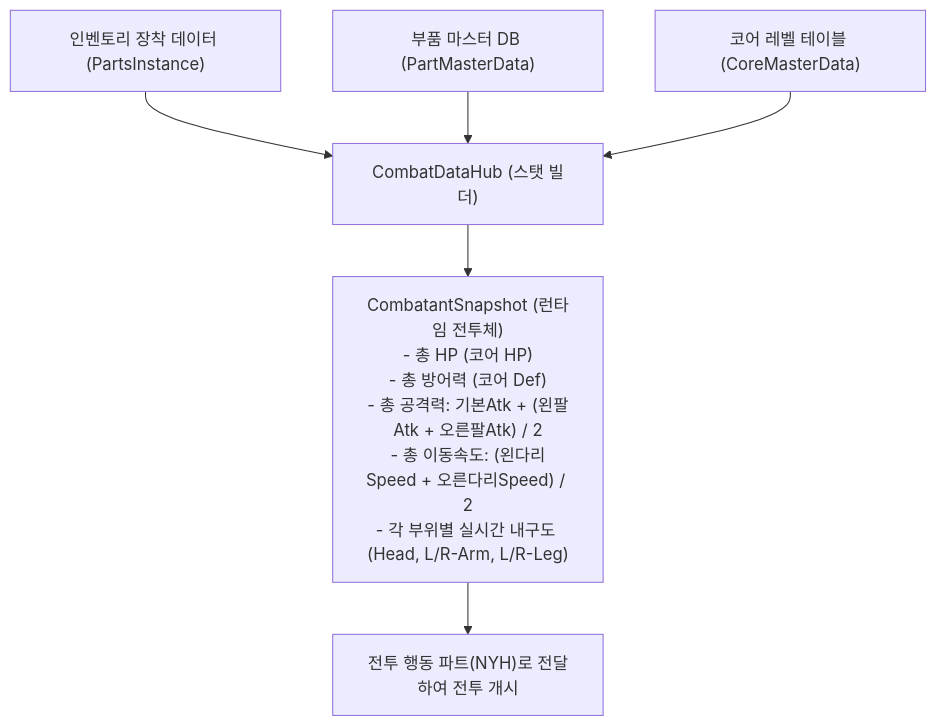
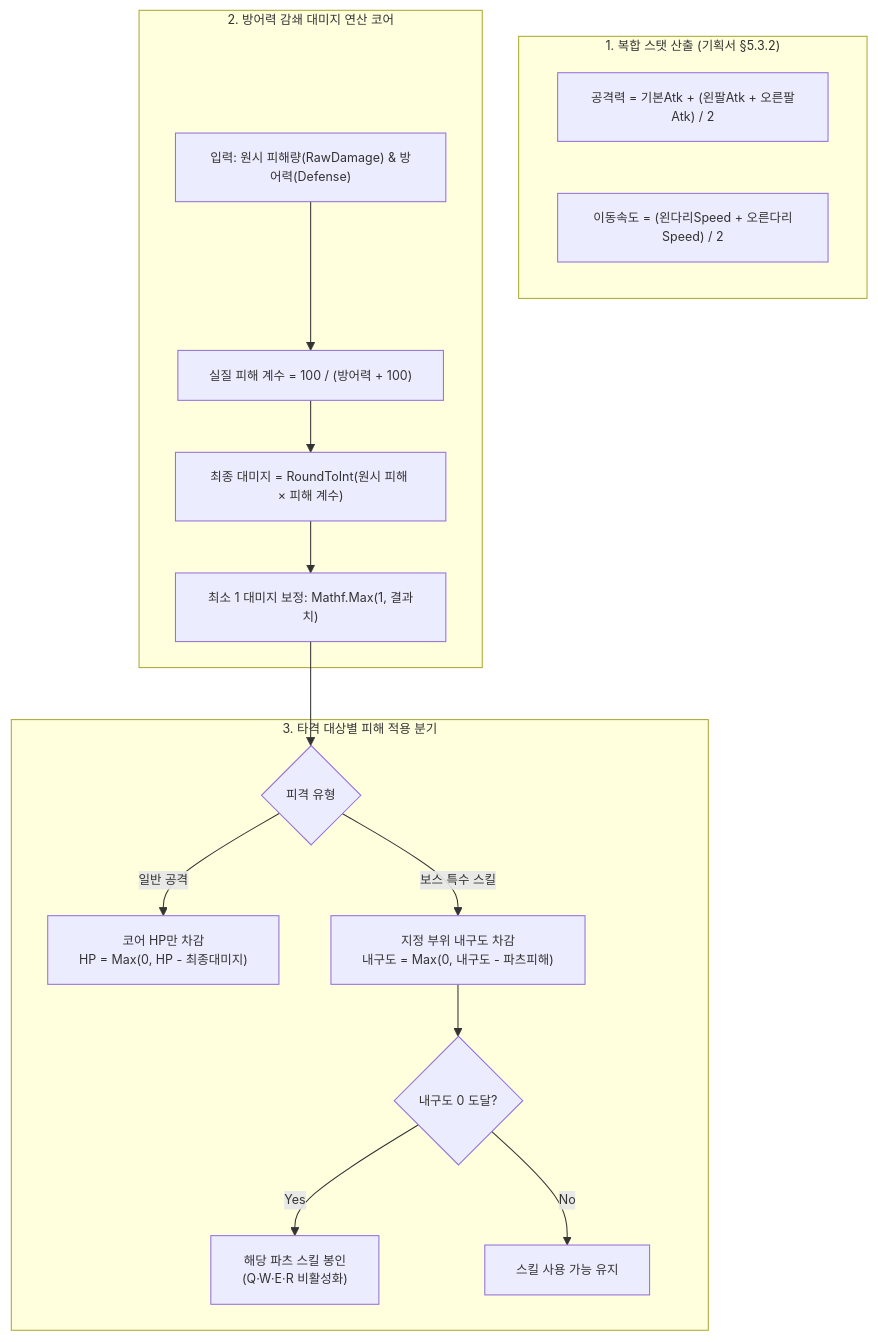
Before and after one commit to Kimdoeon52/2026_Com2us_Project: the third of 6 diagrams in Assets/KKH/06.Document/BattleManager_Architecture.md, drawn with Mermaid. The commit also changed other lines of this file and 1 other file, not shown here.

````diff
--- a/Assets/KKH/06.Document/BattleManager_Architecture.md
+++ b/Assets/KKH/06.Document/BattleManager_Architecture.md
@@ -61,9 +305,28 @@
 ```mermaid
+%%{init: {'themeVariables': { 'fontSize': '12px' }}}%%
 flowchart TD
-    Inven["인벤토리 장착 데이터 (PartsInstance)"] --> Hub["CombatDataHub (스탯 빌더)"]
-    Master["부품 마스터 DB (PartMasterData)"] --> Hub
-    Core["코어 레벨 테이블 (CoreMasterData)"] --> Hub
+    subgraph StatCalc["1. 복합 스탯 산출 (기획서 §5.3.2)"]
+        ArmAtk["공격력 = 기본Atk + (왼팔Atk + 오른팔Atk) / 2"]
+        LegSpd["이동속도 = (왼다리Speed + 오른다리Speed) / 2"]
+    end
 
-    Hub --> Snapshot["CombatantSnapshot (런타임 전투체)\n- 총 HP (코어 HP)\n- 총 방어력 (코어 Def)\n- 총 공격력: 기본Atk + (왼팔Atk + 오른팔Atk) / 2\n- 총 이동속도: (왼다리Speed + 오른다리Speed) / 2\n- 각 부위별 실시간 내구도 (Head, L/R-Arm, L/R-Leg)"]
-    Snapshot --> NYH_Init["전투 행동 파트(NYH)로 전달하여 전투 개시"]
+    subgraph DamageFormula["2. 방어력 감쇄 대미지 연산 코어"]
+        InputParam["입력: 원시 피해량(RawDamage) & 방어력(Defense)"]
+        Multiplier["실질 피해 계수 = 100 / (방어력 + 100)"]
+        FinalCalc["최종 대미지 = RoundToInt(원시 피해 × 피해 계수)"]
+        MinGuard["최소 1 대미지 보정: Mathf.Max(1, 결과치)"]
+        
+        InputParam --> Multiplier
+        Multiplier --> FinalCalc
+        FinalCalc --> MinGuard
+    end
+
+    subgraph HitBranch["3. 타격 대상별 피해 적용 분기"]
+        MinGuard --> CheckType{"피격 유형"}
+        CheckType -->|"일반 공격"| CoreOnly["코어 HP만 차감<br/>HP = Max(0, HP - 최종대미지)"]
+        CheckType -->|"보스 특수 스킬"| PartDmg["지정 부위 내구도 차감<br/>내구도 = Max(0, 내구도 - 파츠피해)"]
+        PartDmg --> CheckBreak{"내구도 0 도달?"}
+        CheckBreak -->|"Yes"| SealSkill["해당 파츠 스킬 봉인<br/>(Q·W·E·R 비활성화)"]
+        CheckBreak -->|"No"| Maintain["스킬 사용 가능 유지"]
+    end
 ```
````
